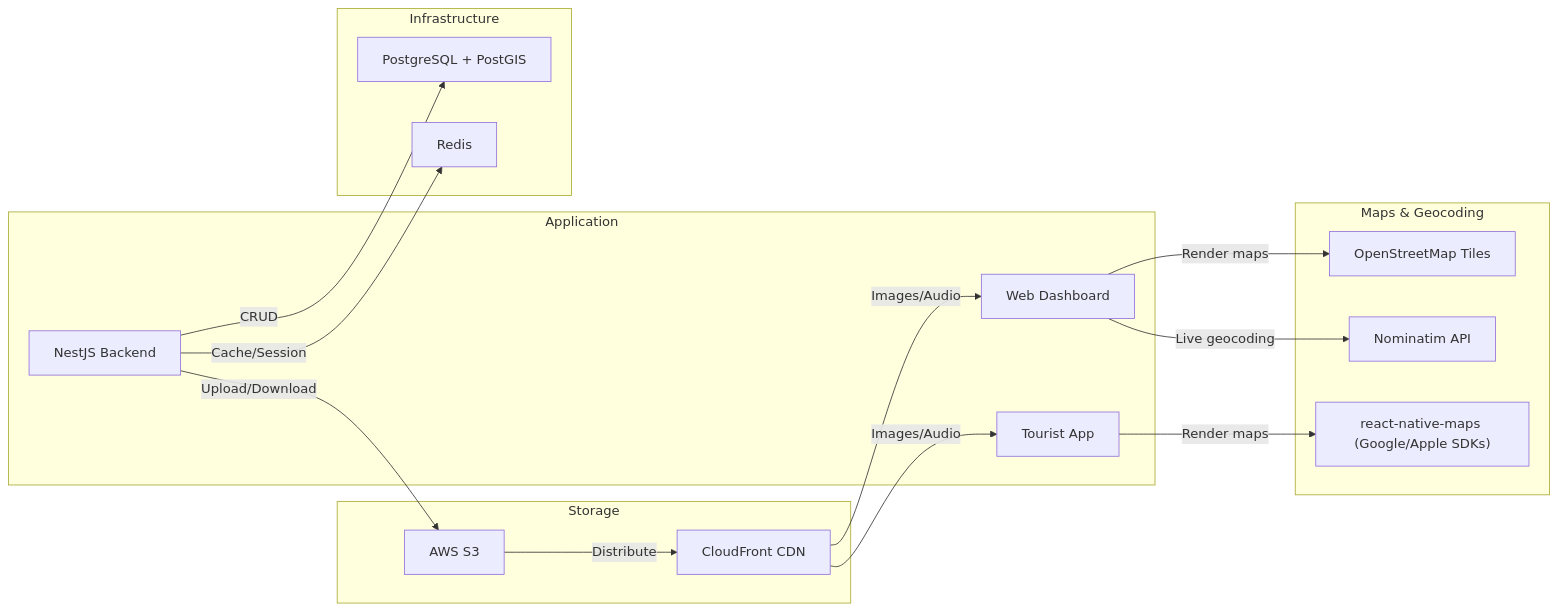
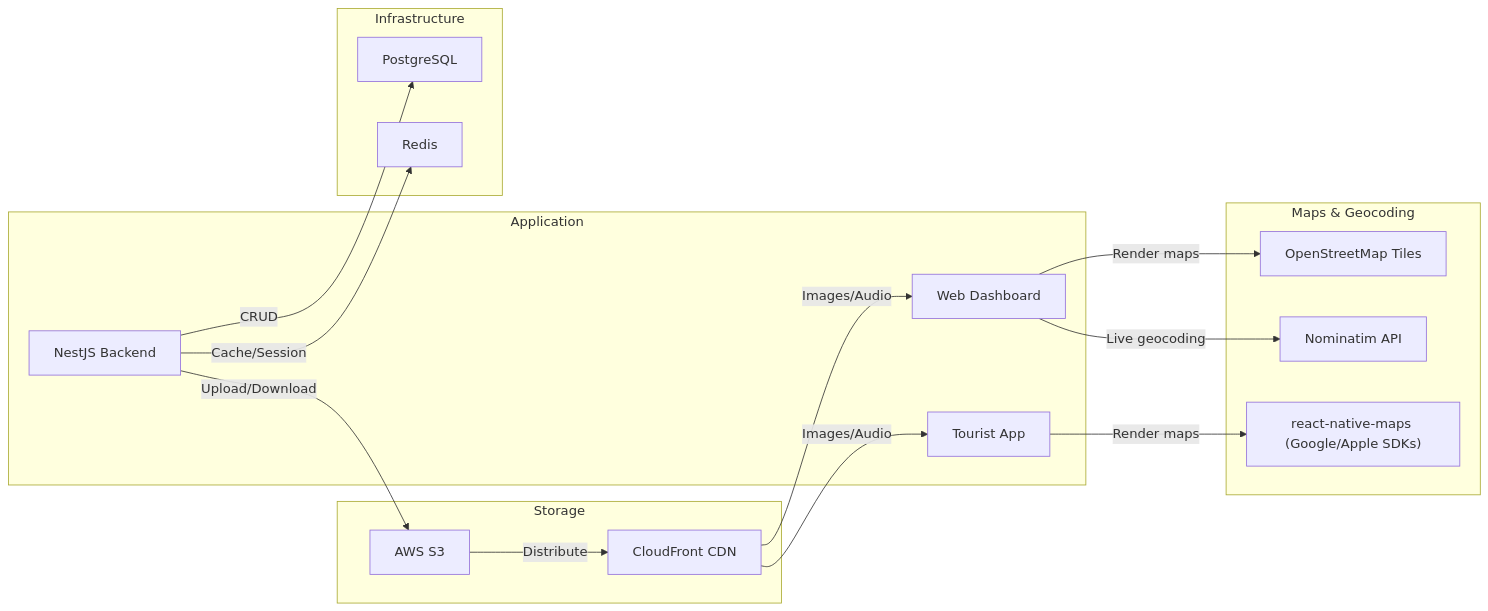
Before and after one commit to Ttuandatt/Seminar: the seventh of 7 diagrams in docs/step3_prd/17_component_diagram.md, drawn with Mermaid. The commit also changed other lines of this file and 40 other files, not shown here.

Commit message:
docs: update PRD, ERD, and database design report artifacts

````diff
--- a/docs/step3_prd/17_component_diagram.md
+++ b/docs/step3_prd/17_component_diagram.md
@@ -467,36 +466,36 @@
 ```mermaid
 graph LR
     subgraph App["Application"]
         Backend2["NestJS Backend"]
         WebApp2["Web Dashboard"]
         MobileApp2["Tourist App"]
     end
 
     subgraph Storage["Storage"]
         S3_2["AWS S3"]
         CDN2["CloudFront CDN"]
     end
 
     subgraph Maps["Maps & Geocoding"]
         LeafletTiles["OpenStreetMap Tiles"]
         Nominatim["Nominatim API"]
         RNMaps["react-native-maps (Google/Apple SDKs)"]
     end
 
     subgraph Infra["Infrastructure"]
-        PG["PostgreSQL + PostGIS"]
+        PG["PostgreSQL"]
         Redis2["Redis"]
     end
 
     Backend2 -->|Upload/Download| S3_2
     S3_2 -->|Distribute| CDN2
     CDN2 -->|Images/Audio| MobileApp2
     CDN2 -->|Images/Audio| WebApp2
 
     WebApp2 -->|Render maps| LeafletTiles
     WebApp2 -->|Live geocoding| Nominatim
     MobileApp2 -->|Render maps| RNMaps
 
     Backend2 -->|CRUD| PG
     Backend2 -->|Cache/Session| Redis2
 ```
````
